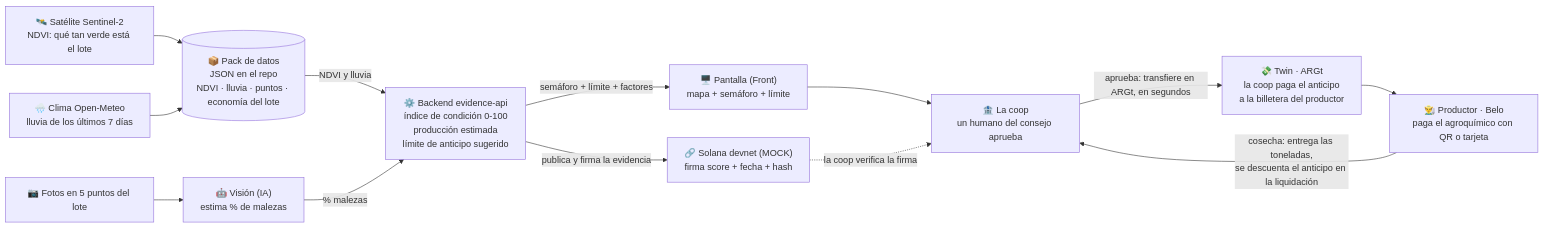
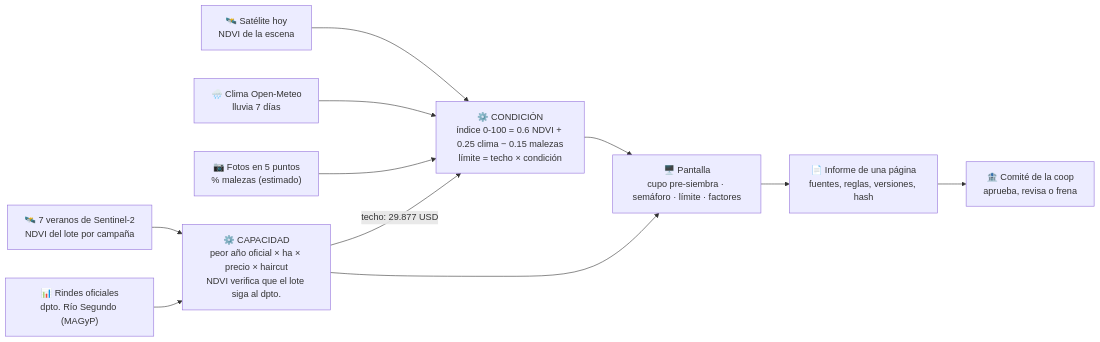
One commit to raulfunes/PreCrop changed the diagram in docs/como-funciona-precrop.md. Above: the diagram before and after it, drawn with Mermaid. The commit also changed other lines of this file and 3 other files, not shown here.

Commit message:
docs: update pack README, diagram, plan and 60-second pitch to capacidad-v2 and cupo-v2 numbers

````diff
--- a/docs/como-funciona-precrop.md
+++ b/docs/como-funciona-precrop.md
@@ -5,28 +8,25 @@
 ```mermaid
 flowchart LR
-    SAT["🛰️ Satélite Sentinel-2<br/>NDVI: qué tan verde está el lote"]
-    CLI["🌧️ Clima Open-Meteo<br/>lluvia de los últimos 7 días"]
-    FOT["📷 Fotos en 5 puntos del lote"]
+    HIST["🛰️ 7 veranos de Sentinel-2<br/>NDVI del lote por campaña"]
+    OFI["📊 Rindes oficiales<br/>dpto. Río Segundo (MAGyP)"]
+    SAT["🛰️ Satélite hoy<br/>NDVI de la escena"]
+    CLI["🌧️ Clima Open-Meteo<br/>lluvia 7 días"]
+    FOT["📷 Fotos en 5 puntos<br/>% malezas (estimado)"]
 
-    PACK[("📦 Pack de datos<br/>JSON en el repo<br/>NDVI · lluvia · puntos · economía del lote")]
-    VIS["🤖 Visión (IA)<br/>estima % de malezas"]
-    API["⚙️ Backend evidence-api<br/>índice de condición 0-100<br/>producción estimada<br/>límite de anticipo sugerido"]
-    WEB["🖥️ Pantalla (Front)<br/>mapa + semáforo + límite"]
-    SOL["🔗 Solana devnet (MOCK)<br/>firma score + fecha + hash"]
-    COOP["🏦 La coop<br/>un humano del consejo aprueba"]
-    TWIN["💸 Twin · ARGt<br/>la coop paga el anticipo<br/>a la billetera del productor"]
-    PROD["👨‍🌾 Productor · Belo<br/>paga el agroquímico con QR o tarjeta"]
+    CAP["⚙️ CAPACIDAD<br/>peor año oficial × ha × precio × haircut<br/>NDVI verifica que el lote siga al dpto."]
+    CON["⚙️ CONDICIÓN<br/>índice 0-100 = 0.6 NDVI + 0.25 clima − 0.15 malezas<br/>límite = techo × condición"]
+    WEB["🖥️ Pantalla<br/>cupo pre-siembra · semáforo · límite · factores"]
+    REP["📄 Informe de una página<br/>fuentes, reglas, versiones, hash"]
+    COOP["🏦 Comité de la coop<br/>aprueba, revisa o frena"]
 
-    SAT --> PACK
-    CLI --> PACK
-    FOT --> VIS
-    PACK -->|"NDVI y lluvia"| API
-    VIS -->|"% malezas"| API
-    API -->|"semáforo + límite + factores"| WEB
-    API -->|"publica y firma la evidencia"| SOL
-    WEB --> COOP
-    SOL -.->|"la coop verifica la firma"| COOP
-    COOP -->|"aprueba: transfiere en ARGt, en segundos"| TWIN
-    TWIN --> PROD
-    PROD -->|"cosecha: entrega las toneladas,<br/>se descuenta el anticipo en la liquidación"| COOP
+    HIST --> CAP
+    OFI --> CAP
+    SAT --> CON
+    CLI --> CON
+    FOT --> CON
+    CAP -->|"techo: 29.877 USD"| CON
+    CAP --> WEB
+    CON --> WEB
+    WEB --> REP
+    REP --> COOP
 ```
````
